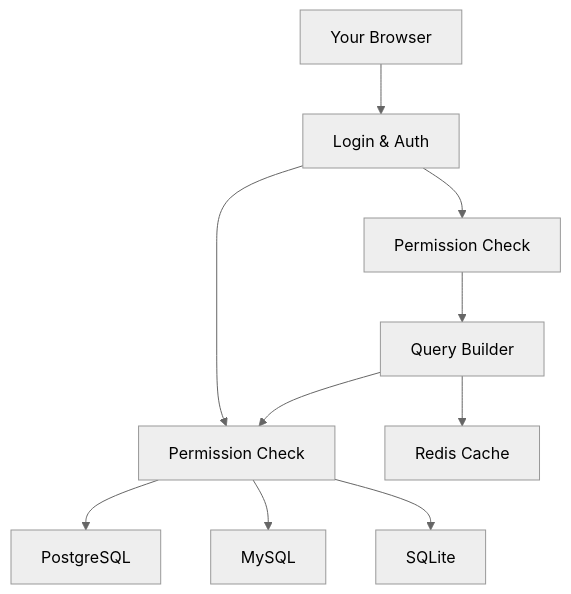
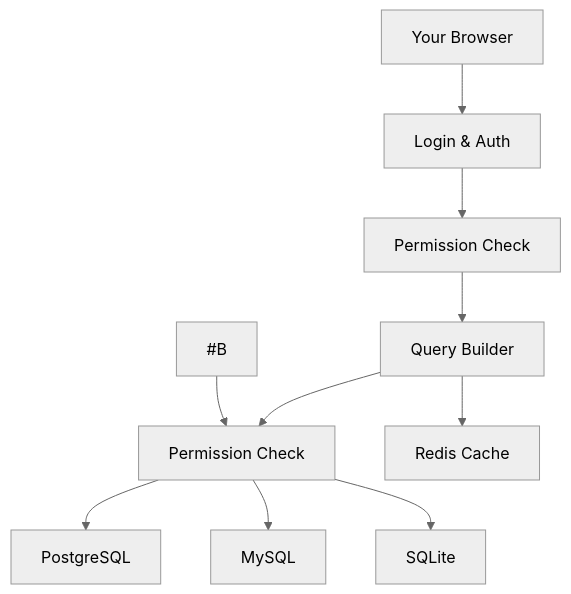
One commit to Ayanleaideed/Natural-Language-to-SQL changed the diagram in README.md. Above: the diagram before and after it, drawn with Mermaid (neutral theme).

````diff
--- a/README.md
+++ b/README.md
@@ -45,12 +45,12 @@
 ```mermaid
 graph TD
     A[Your Browser] --> B[Login & Auth]
     B --> C[Permission Check]
     C --> D[Query Builder]
     D --> E[Database Connector]
-    B --> E[Permission Check]
+    #B --> E[Permission Check]
     E --> F1[PostgreSQL]
     E --> F2[MySQL]
     E --> F3[SQLite]
     D --> G[Redis Cache]
 ```
````
